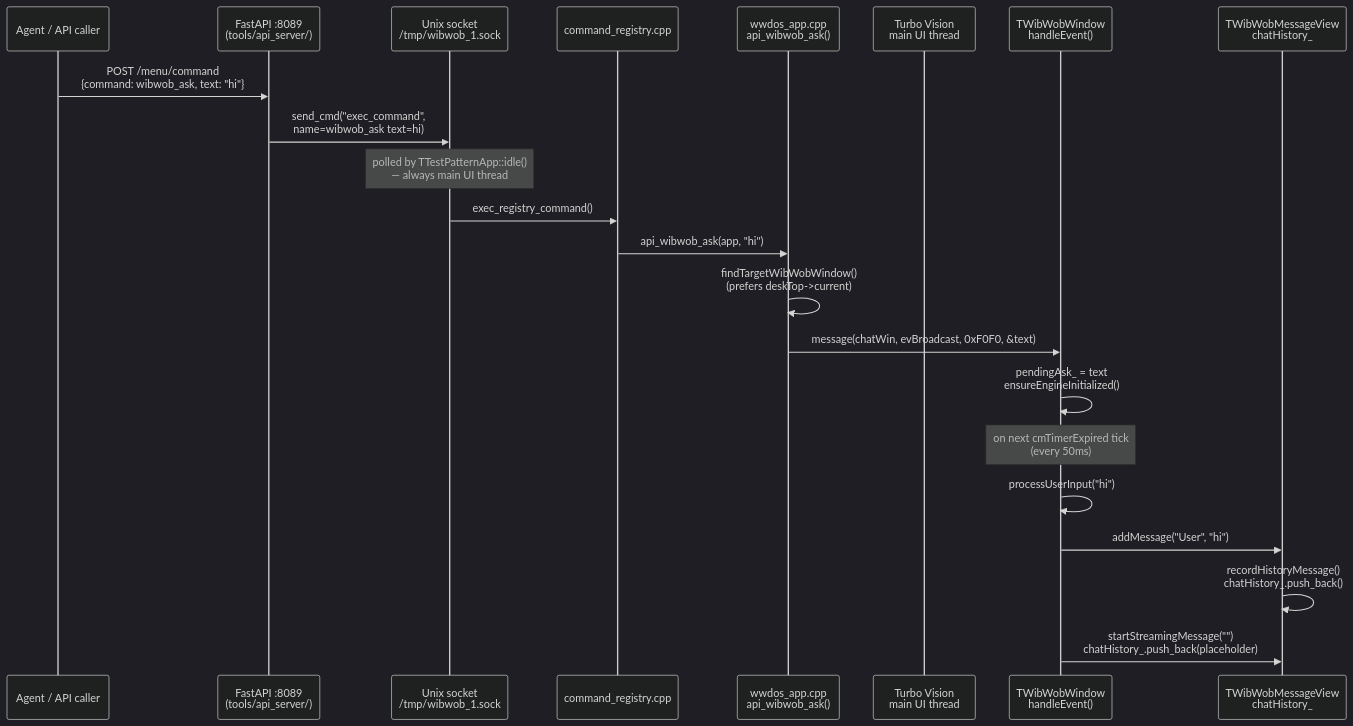
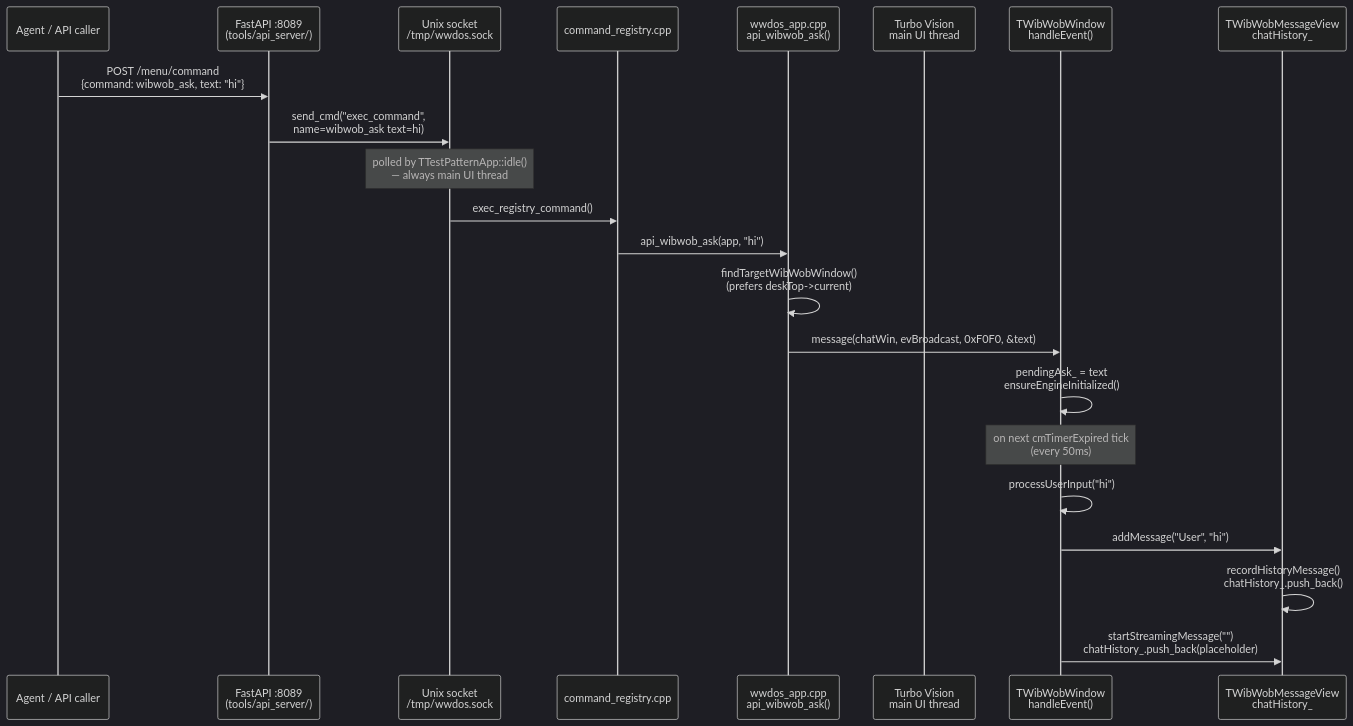
One commit to j-greig/wibandwob-dos-tvision changed the first of 3 diagrams in docs/architecture/chat-message-flow.md. Above: the diagram before and after it, drawn with Mermaid (dark theme). The commit also changed 3 other files, not shown here.

````diff
--- a/docs/architecture/chat-message-flow.md
+++ b/docs/architecture/chat-message-flow.md
@@ -7,25 +7,25 @@
 ```mermaid
 sequenceDiagram
     participant A as Agent / API caller
     participant PY as FastAPI :8089<br/>(tools/api_server/)
-    participant IPC as Unix socket<br/>/tmp/wibwob_1.sock
+    participant IPC as Unix socket<br/>/tmp/wwdos.sock
     participant REG as command_registry.cpp
     participant APP as wwdos_app.cpp<br/>api_wibwob_ask()
     participant TV as Turbo Vision<br/>main UI thread
     participant WIN as TWibWobWindow<br/>handleEvent()
     participant MV as TWibWobMessageView<br/>chatHistory_
 
     A->>PY: POST /menu/command<br/>{command: wibwob_ask, text: "hi"}
     PY->>IPC: send_cmd("exec_command",<br/>name=wibwob_ask text=hi)
     Note over IPC: polled by TTestPatternApp::idle()<br/>— always main UI thread
     IPC->>REG: exec_registry_command()
     REG->>APP: api_wibwob_ask(app, "hi")
     APP->>APP: findTargetWibWobWindow()<br/>(prefers deskTop->current)
     APP->>WIN: message(chatWin, evBroadcast, 0xF0F0, &text)
     WIN->>WIN: pendingAsk_ = text<br/>ensureEngineInitialized()
     Note over WIN: on next cmTimerExpired tick<br/>(every 50ms)
     WIN->>WIN: processUserInput("hi")
     WIN->>MV: addMessage("User", "hi")
     MV->>MV: recordHistoryMessage()<br/>chatHistory_.push_back()
     WIN->>MV: startStreamingMessage("")<br/>chatHistory_.push_back(placeholder)
 ```
````
